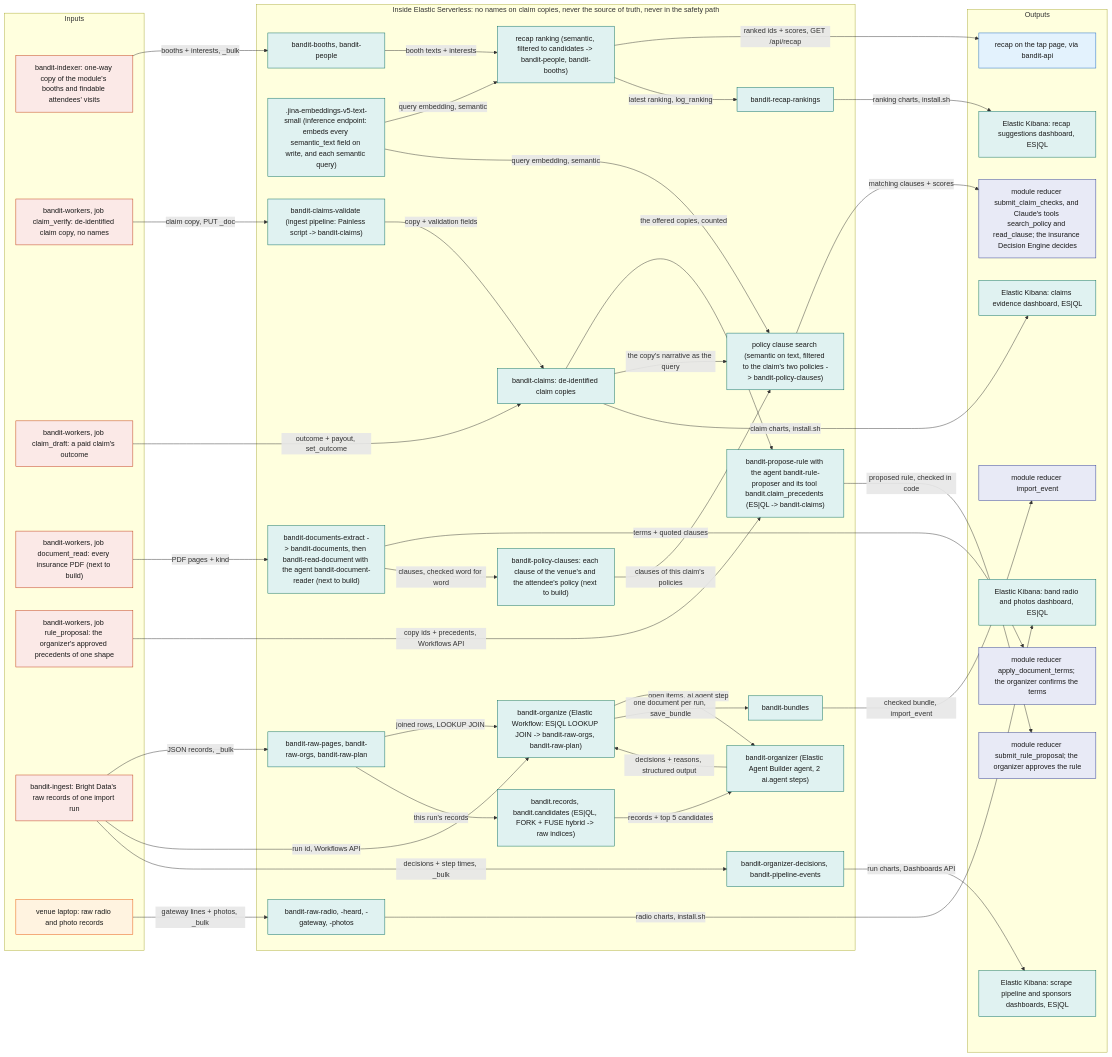
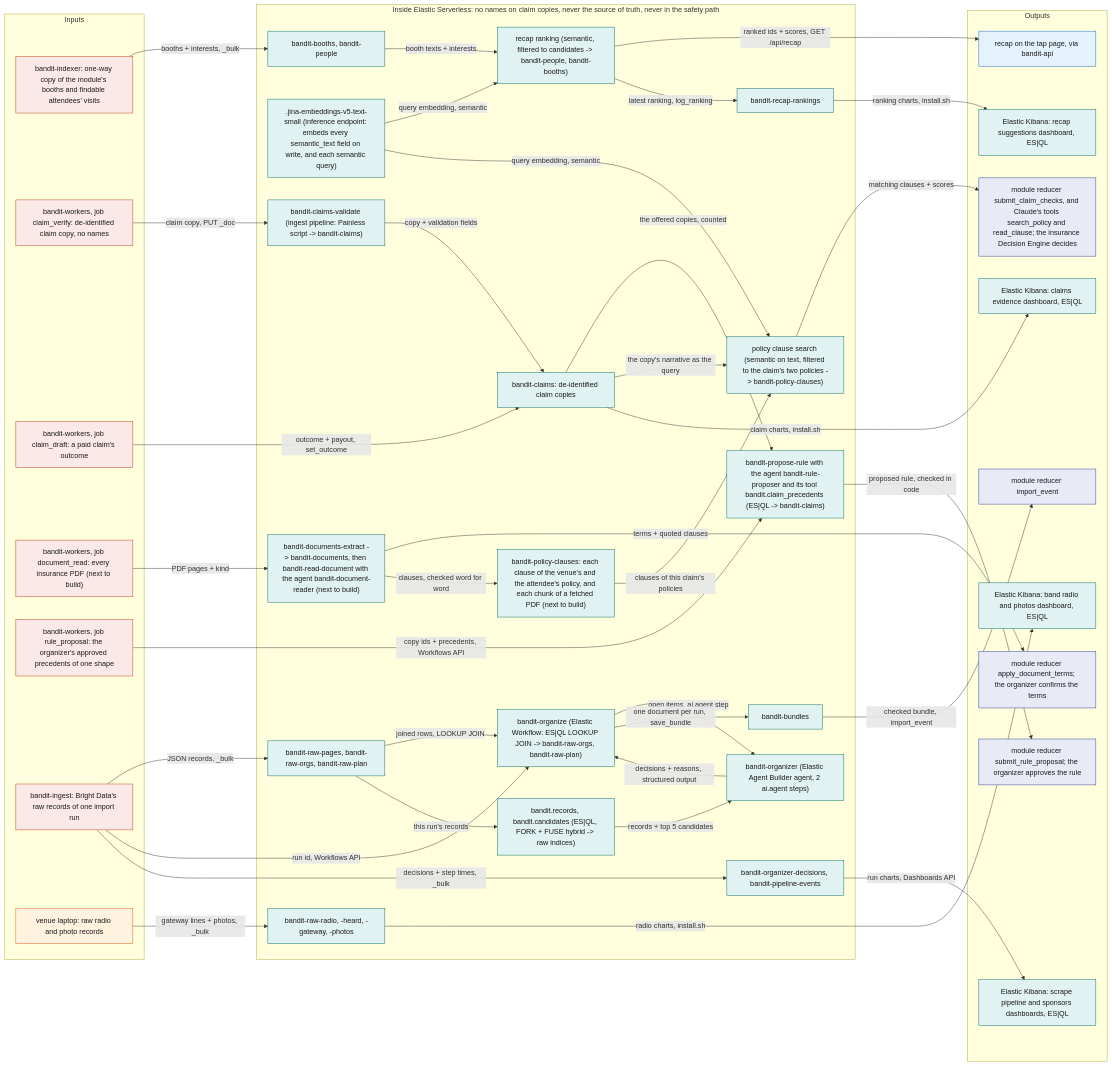
Before and after one commit to viktorinkov/cal-hacks-13: the first of 9 diagrams in System Design/7-integrations/Elastic.md, drawn with Mermaid. The commit also changed other lines of this file and 3 other files, not shown here.

Commit message:
design: fetched PDFs chunked into the clause index, checks cite the matched chunk

```diff
--- a/System Design/7-integrations/Elastic.md
+++ b/System Design/7-integrations/Elastic.md
@@ -106,7 +106,7 @@
     PIPE["bandit-claims-validate (ingest pipeline: Painless script -> bandit-claims)"]
     CLM["bandit-claims: de-identified claim copies"]
     RD["bandit-documents-extract -> bandit-documents, then bandit-read-document with the agent bandit-document-reader (next to build)"]
-    CLS["bandit-policy-clauses: each clause of the venue's and the attendee's policy (next to build)"]
+    CLS["bandit-policy-clauses: each clause of the venue's and the attendee's policy, and each chunk of a fetched PDF (next to build)"]
     RP["bandit-propose-rule with the agent bandit-rule-proposer and its tool bandit.claim_precedents (ES|QL -> bandit-claims)"]
     RAW["bandit-raw-pages, bandit-raw-orgs, bandit-raw-plan"]
     WF["bandit-organize (Elastic Workflow: ES|QL LOOKUP JOIN -> bandit-raw-orgs, bandit-raw-plan)"]
```
